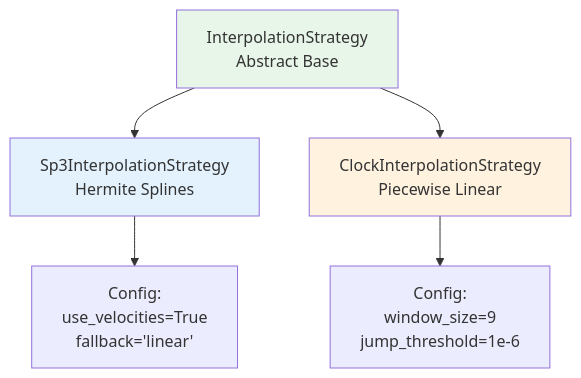
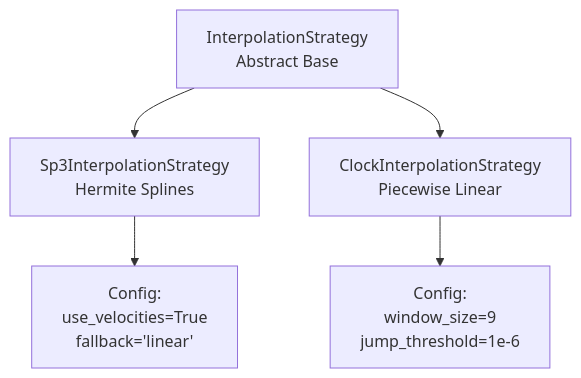
Before and after one commit to mfkiwl/canvodpy: the second of 3 diagrams in docs/packages/auxiliary/overview.md, drawn with Mermaid. The commit also changed other lines of this file and 4 other files, not shown here.

Commit message:
style(docs): Remove inline mermaid colors in favor of beautiful-mermaid theming

````diff
--- a/docs/packages/auxiliary/overview.md
+++ b/docs/packages/auxiliary/overview.md
@@ -53,12 +51,9 @@
 ```mermaid
 graph TD
     A[InterpolationStrategy<br/>Abstract Base] --> B[Sp3InterpolationStrategy<br/>Hermite Splines]
     A --> C[ClockInterpolationStrategy<br/>Piecewise Linear]
 
     B --> D[Config:<br/>use_velocities=True<br/>fallback='linear']
     C --> E[Config:<br/>window_size=9<br/>jump_threshold=1e-6]
 
-    style A fill:#e8f5e9
-    style B fill:#e3f2fd
-    style C fill:#fff3e0
 ```
````
